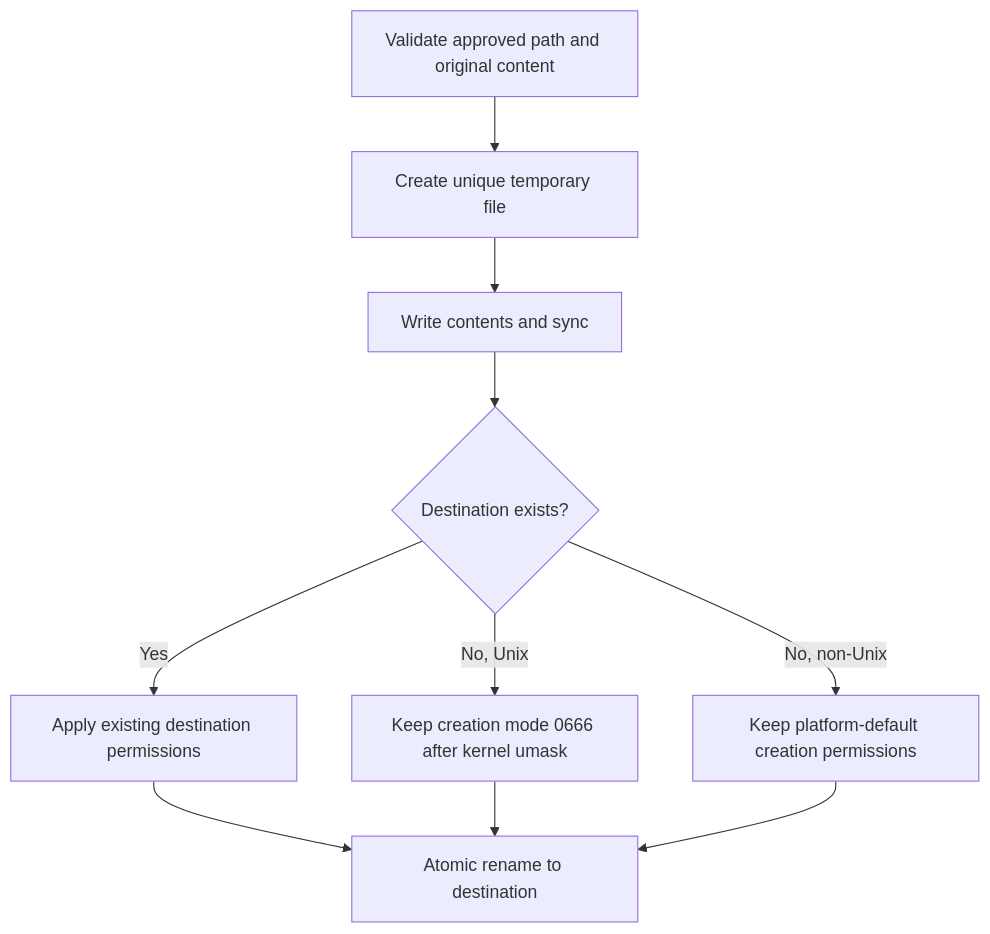
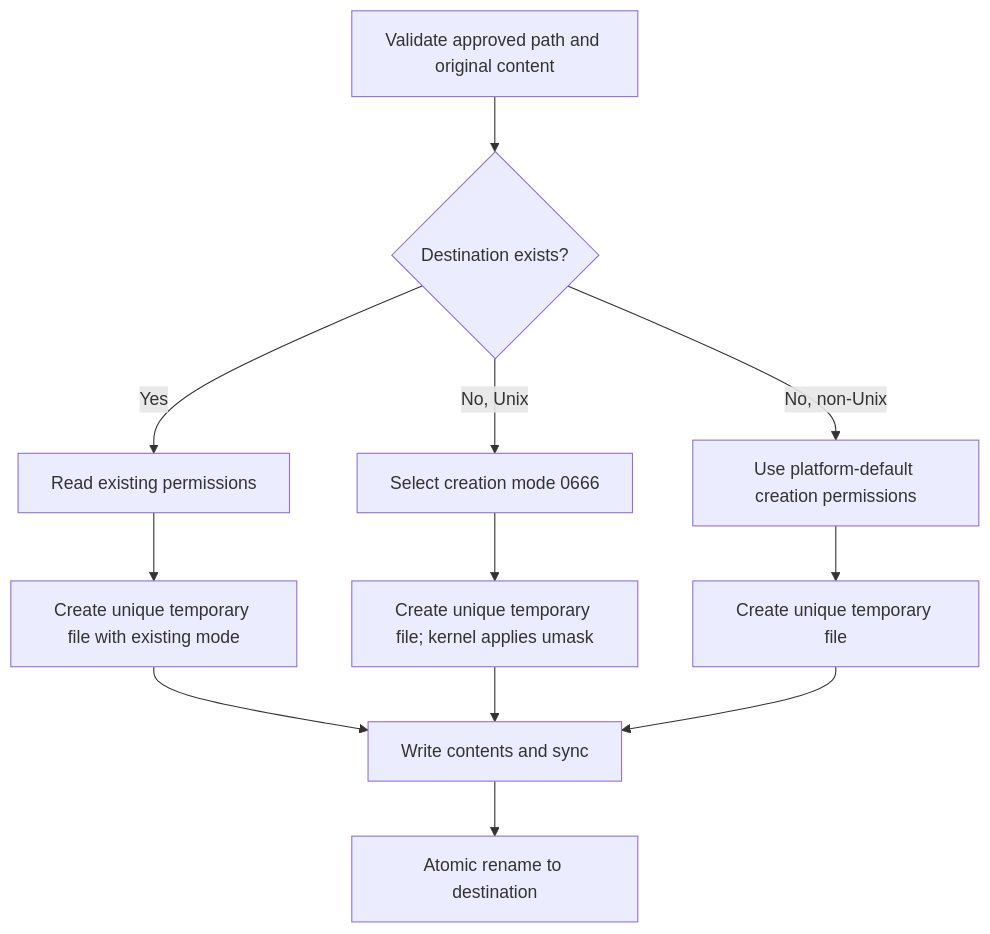
One commit to dallay/cortex changed the diagram in docs/agent/implementation-specification.md. Above: the diagram before and after it, drawn with Mermaid. The commit also changed other lines of this file and 3 other files, not shown here.

````diff
--- a/docs/agent/implementation-specification.md
+++ b/docs/agent/implementation-specification.md
@@ -79,12 +79,14 @@
 ```mermaid
 flowchart TD
-    A[Validate approved path and original content] --> B[Create unique temporary file]
-    B --> C[Write contents and sync]
-    C --> D{Destination exists?}
-    D -- Yes --> E[Apply existing destination permissions]
-    D -- No, Unix --> F[Keep creation mode 0666 after kernel umask]
-    D -- No, non-Unix --> G[Keep platform-default creation permissions]
-    E --> H[Atomic rename to destination]
-    F --> H
-    G --> H
+    A[Validate approved path and original content] --> B{Destination exists?}
+    B -- Yes --> C[Read existing permissions]
+    B -- No, Unix --> D[Select creation mode 0666]
+    B -- No, non-Unix --> E[Use platform-default creation permissions]
+    C --> F[Create unique temporary file with existing mode]
+    D --> G[Create unique temporary file; kernel applies umask]
+    E --> H[Create unique temporary file]
+    F --> I[Write contents and sync]
+    G --> I
+    H --> I
+    I --> J[Atomic rename to destination]
 ```
````
